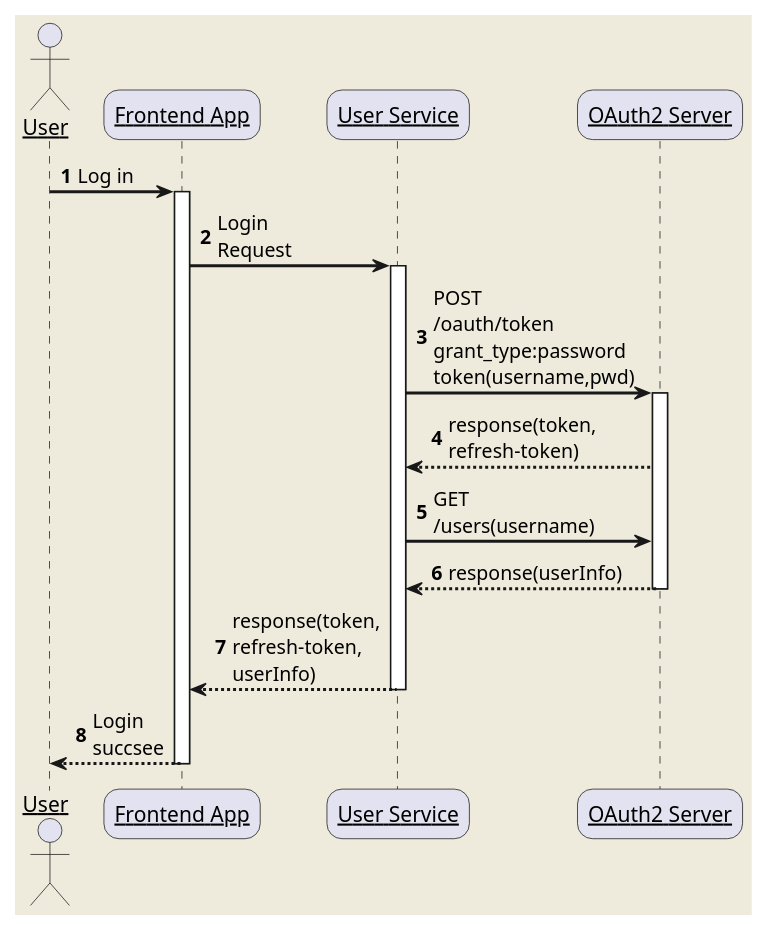
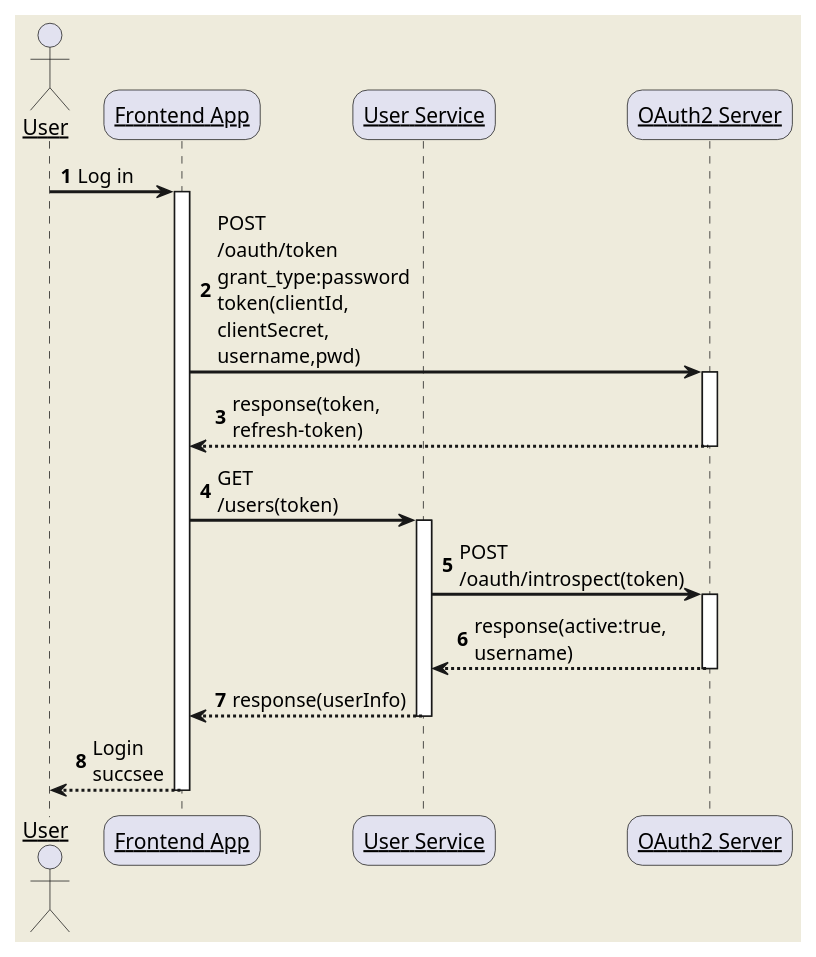
One commit to Hannibal0416/modern-renting-service changed the diagram in doc/sequence/user-login.puml. Above: the diagram before and after it, drawn with PlantUML. The commit also changed 17 other files, not shown here.

```diff
--- a/doc/sequence/user-login.puml
+++ b/doc/sequence/user-login.puml
@@ -1,33 +1,39 @@
 @startuml
 skinparam backgroundColor #EEEBDC
 skinparam handwritten false
 skinparam sequenceArrowThickness 2
 skinparam roundcorner 20
 skinparam maxmessagesize 60
 skinparam sequenceParticipant underline
 
 actor User
 participant "Frontend App" as Frontend
 participant "User Service" as UserService
 participant "OAuth2 Server" as OAuth
 
 autonumber 1
 User -> Frontend: Log in
 activate Frontend
 
-Frontend -> UserService: Login Request
+Frontend -> OAuth: POST /oauth/token grant_type:password token(clientId, clientSecret, username,pwd)
+activate OAuth
+
+OAuth --> Frontend: response(token, refresh-token)
+deactivate OAuth
+
+Frontend -> UserService : GET /users(token)
 activate UserService
 
-UserService -> OAuth: POST /oauth/token grant_type:password token(username,pwd)
+
+UserService -> OAuth: POST /oauth/introspect(token)
 activate OAuth
-OAuth --> UserService: response(token, refresh-token)
-UserService -> OAuth: GET /users(username)
-OAuth --> UserService: response(userInfo)
+
+OAuth --> UserService: response(active:true, username)
 deactivate OAuth
 
-UserService --> Frontend: response(token, refresh-token, userInfo)
+UserService --> Frontend: response(userInfo)
 deactivate UserService
 
 Frontend --> User: Login succsee
 deactivate Frontend
 @enduml
```
